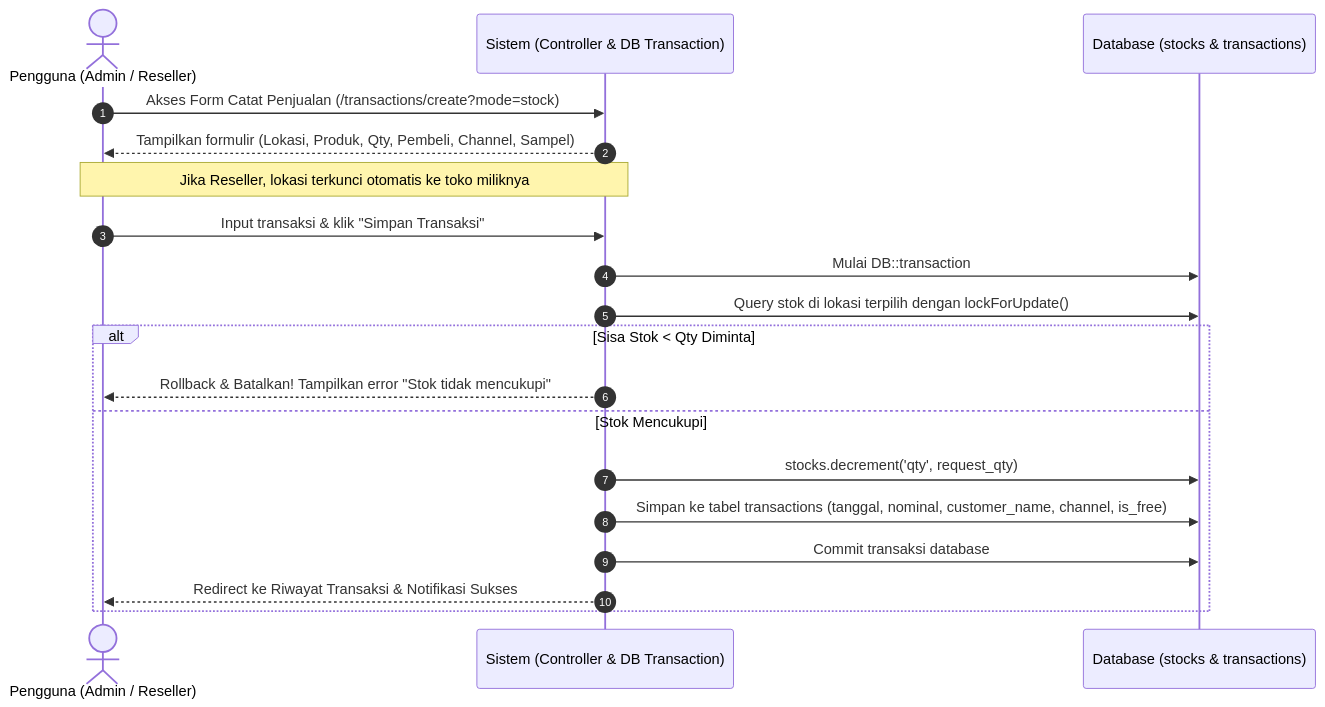
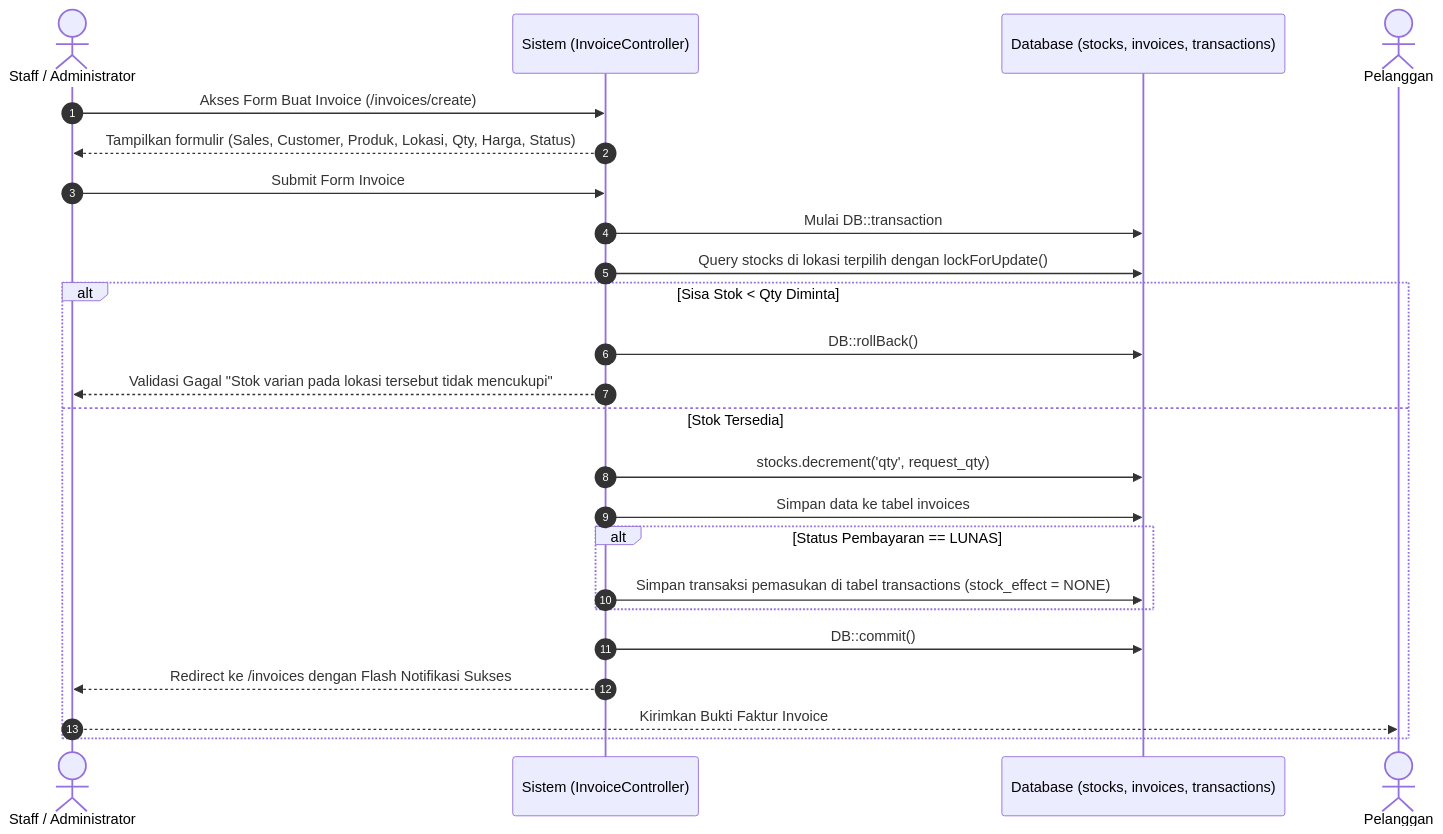
One commit to FatsyahRGT/scentpeep changed the fourth of 8 diagrams in docs/ACTIVITY_DIAGRAM.md. Above: the diagram before and after it, drawn with Mermaid. The commit also changed other lines of this file and 14 other files, not shown here.

Commit message:
docs: perbarui seluruh dokumen sistem (prd, erd, dfd, use case, activity diagram, kriteria lulus)

````diff
--- a/docs/ACTIVITY_DIAGRAM.md
+++ b/docs/ACTIVITY_DIAGRAM.md
@@ -116,23 +120,28 @@
 ```mermaid
 sequenceDiagram
     autonumber
-    actor U as Pengguna (Admin / Reseller)
-    participant S as Sistem (Controller & DB Transaction)
-    participant DB as Database (stocks & transactions)
+    actor U as Staff / Administrator
+    participant S as Sistem (InvoiceController)
+    participant DB as Database (stocks, invoices, transactions)
+    actor C as Pelanggan
 
-    U->>S: Akses Form Catat Penjualan (/transactions/create?mode=stock)
-    S-->>U: Tampilkan formulir (Lokasi, Produk, Qty, Pembeli, Channel, Sampel)
-    Note over U,S: Jika Reseller, lokasi terkunci otomatis ke toko miliknya
-    U->>S: Input transaksi & klik "Simpan Transaksi"
+    U->>S: Akses Form Buat Invoice (/invoices/create)
+    S-->>U: Tampilkan formulir (Sales, Customer, Produk, Lokasi, Qty, Harga, Status)
+    U->>S: Submit Form Invoice
     
     S->>DB: Mulai DB::transaction
-    S->>DB: Query stok di lokasi terpilih dengan lockForUpdate()
+    S->>DB: Query stocks di lokasi terpilih dengan lockForUpdate()
     alt Sisa Stok < Qty Diminta
-        S-->>U: Rollback & Batalkan! Tampilkan error "Stok tidak mencukupi"
-    else Stok Mencukupi
+        S->>DB: DB::rollBack()
+        S-->>U: Validasi Gagal "Stok varian pada lokasi tersebut tidak mencukupi"
+    else Stok Tersedia
         S->>DB: stocks.decrement('qty', request_qty)
-        S->>DB: Simpan ke tabel transactions (tanggal, nominal, customer_name, channel, is_free)
-        S->>DB: Commit transaksi database
-        S-->>U: Redirect ke Riwayat Transaksi & Notifikasi Sukses
+        S->>DB: Simpan data ke tabel invoices
+        alt Status Pembayaran == LUNAS
+            S->>DB: Simpan transaksi pemasukan di tabel transactions (stock_effect = NONE)
+        end
+        S->>DB: DB::commit()
+        S-->>U: Redirect ke /invoices dengan Flash Notifikasi Sukses
+        U-->>C: Kirimkan Bukti Faktur Invoice
     end
 ```
````
